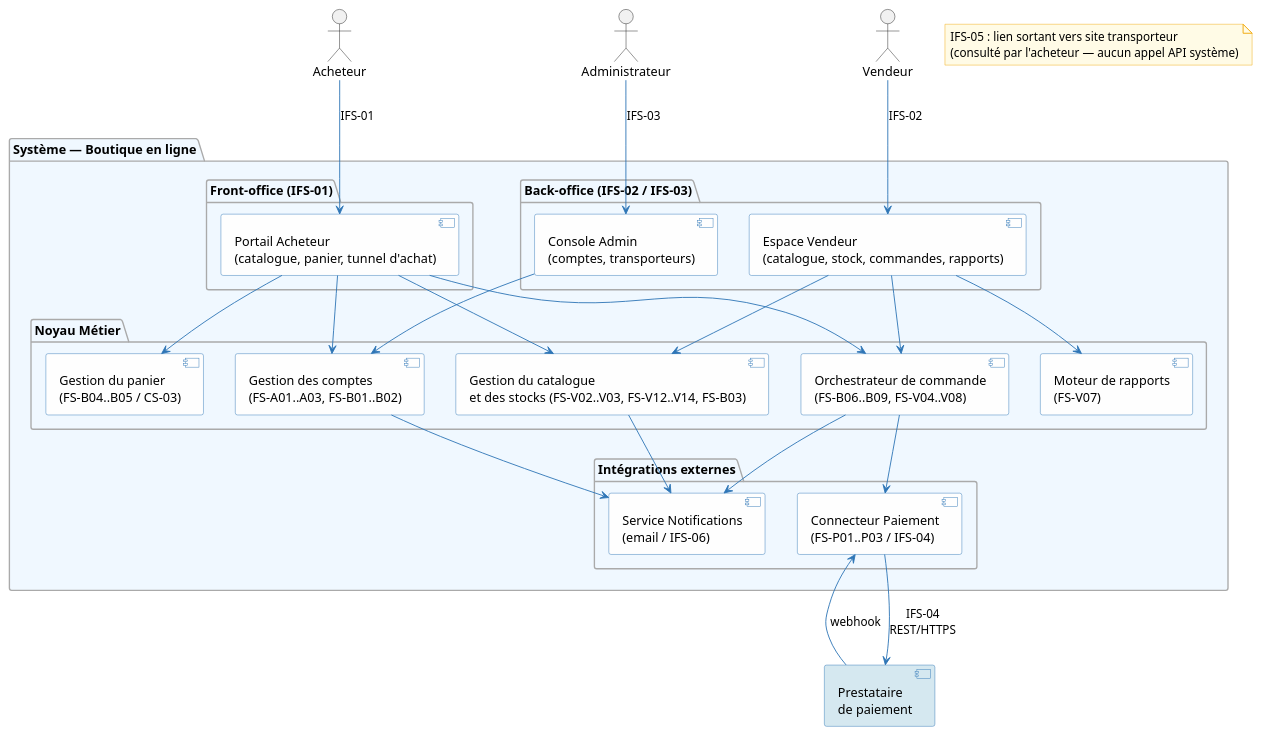
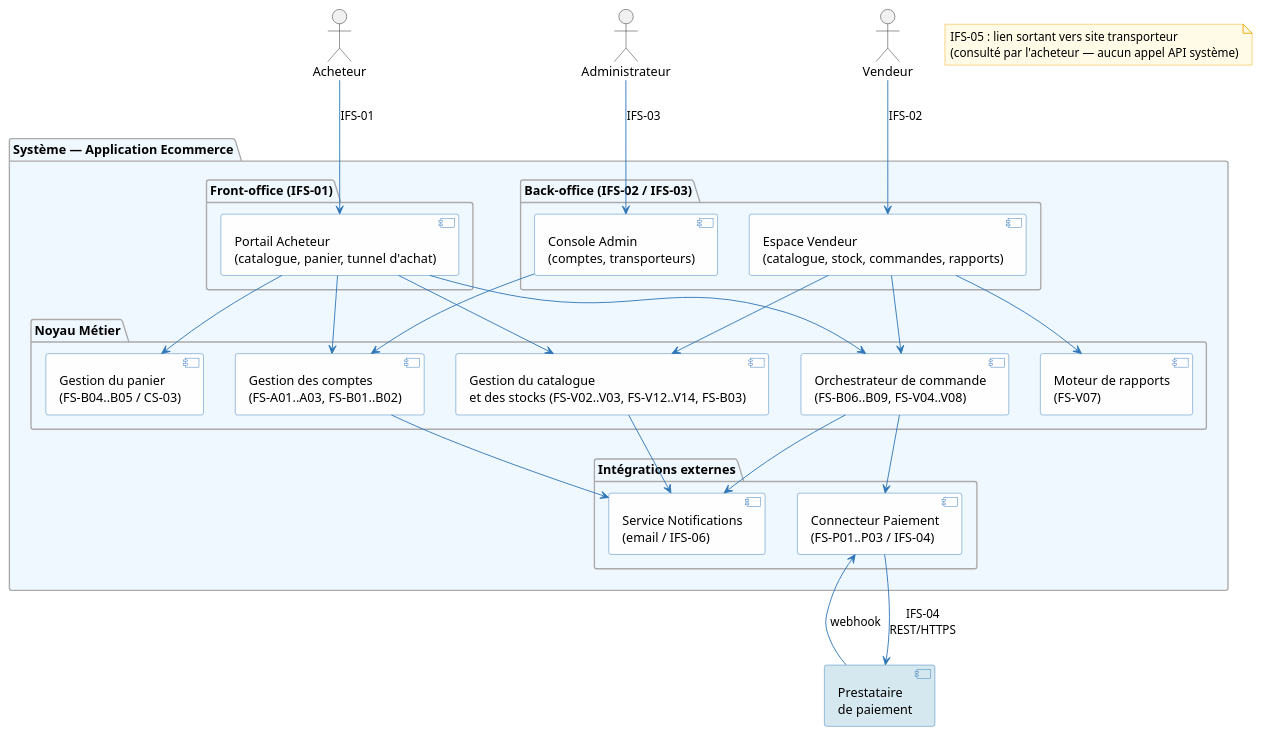
One commit to louistalvande/online_shop changed the fifth of 5 diagrams in architecture/02-system-analysis/sa.adoc. Above: the diagram before and after it, drawn with PlantUML. The commit also changed other lines of this file and 13 other files, not shown here.

First line of the commit message:
rename project from 'Boutique en ligne' to 'Application Ecommerce'

```diff
--- a/architecture/02-system-analysis/sa.adoc
+++ b/architecture/02-system-analysis/sa.adoc
@@ -1387,69 +1387,69 @@
 [plantuml, sa-components, svg]
 ----
 skinparam componentBackgroundColor #FEFEFE
 skinparam componentBorderColor #2E75B6
 skinparam arrowColor #2E75B6
 skinparam interfaceBackgroundColor #E8F4FD
 skinparam interfaceBorderColor #2E75B6
 skinparam noteBackgroundColor #FFFBE6
 skinparam noteBorderColor #F0A500
 skinparam packageBackgroundColor #F0F8FF
 skinparam packageBorderColor #AAAAAA
 
 actor "Acheteur" as Buyer
 actor "Vendeur" as Vendor
 actor "Administrateur" as Admin
 
-package "Système — Boutique en ligne" {
+package "Système — Application Ecommerce" {
 
   package "Front-office (IFS-01)" {
     [Portail Acheteur\n(catalogue, panier, tunnel d'achat)] as FrontBuyer
   }
 
   package "Back-office (IFS-02 / IFS-03)" {
     [Espace Vendeur\n(catalogue, stock, commandes, rapports)] as BackVendor
     [Console Admin\n(comptes, transporteurs)] as BackAdmin
   }
 
   package "Noyau Métier" {
     [Gestion des comptes\n(FS-A01..A03, FS-B01..B02)] as AccountSvc
     [Gestion du catalogue\net des stocks (FS-V02..V03, FS-V12..V14, FS-B03)] as CatalogSvc
     [Gestion du panier\n(FS-B04..B05 / CS-03)] as CartSvc
     [Orchestrateur de commande\n(FS-B06..B09, FS-V04..V08)] as OrderSvc
     [Moteur de rapports\n(FS-V07)] as ReportSvc
   }
 
   package "Intégrations externes" {
     [Connecteur Paiement\n(FS-P01..P03 / IFS-04)] as PaySvc
     [Service Notifications\n(email / IFS-06)] as NotifSvc
   }
 
 }
 
 component "Prestataire\nde paiement" as ExtPayment #D5E8F0
 
 Buyer --> FrontBuyer : IFS-01
 Vendor --> BackVendor : IFS-02
 Admin --> BackAdmin : IFS-03
 
 FrontBuyer --> AccountSvc
 FrontBuyer --> CatalogSvc
 FrontBuyer --> CartSvc
 FrontBuyer --> OrderSvc
 
 BackVendor --> CatalogSvc
 BackVendor --> OrderSvc
 BackVendor --> ReportSvc
 
 BackAdmin --> AccountSvc
 
 OrderSvc --> PaySvc
 OrderSvc --> NotifSvc
 AccountSvc --> NotifSvc
 CatalogSvc --> NotifSvc
 
 PaySvc --> ExtPayment : IFS-04\nREST/HTTPS
 ExtPayment --> PaySvc : webhook
 
 note "IFS-05 : lien sortant vers site transporteur\n(consulté par l'acheteur — aucun appel API système)" as N1
 ----
```
